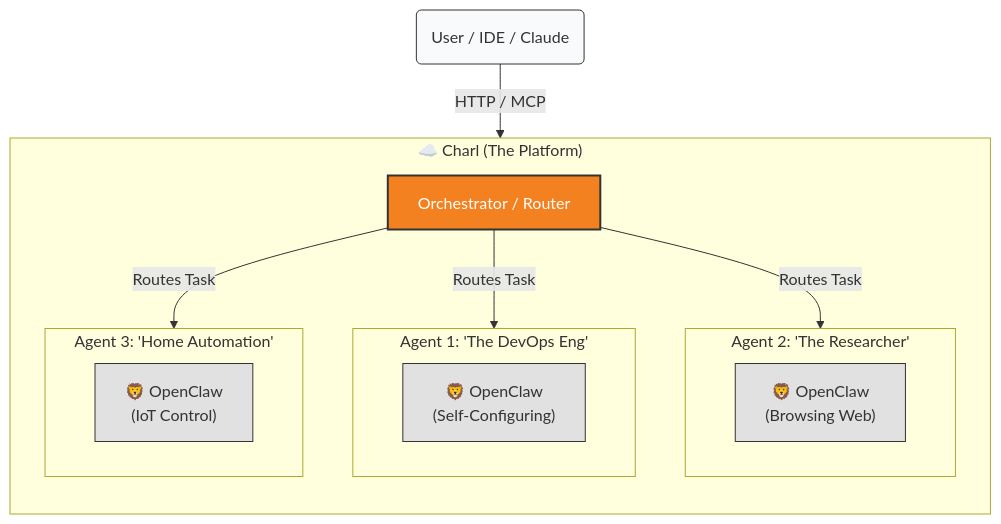
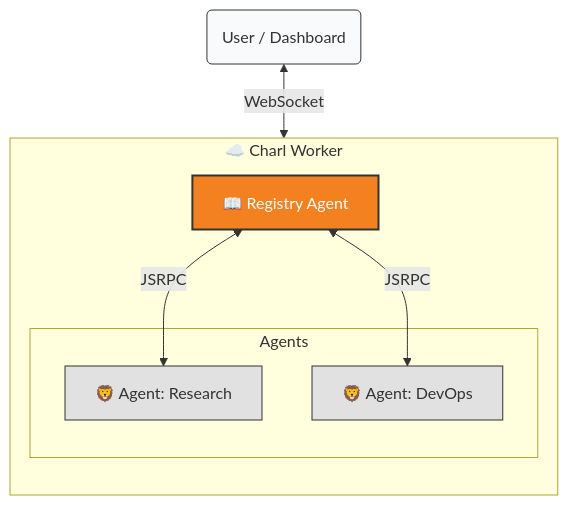
Before and after one commit to charl-kruger/charl: the diagram in README.md, drawn with Mermaid. The commit also changed other lines of this file, not shown here.

Commit message:
docs: Update README with a revised project overview, detailed architecture, and new getting started and development sections.

````diff
--- a/README.md
+++ b/README.md
@@ -56,30 +46,22 @@
 ```mermaid
 graph TD
     classDef platform fill:#f48120,color:#fff,stroke:#333,stroke-width:2px;
     classDef agent fill:#e1e1e1,color:#333,stroke:#333,stroke-width:1px;
     classDef client fill:#f9fafb,color:#333,stroke:#333,stroke-width:1px;
 
-    User("User / IDE / Claude"):::client
+    User("User / Dashboard"):::client
     
-    subgraph Charl_Cloud ["☁️ Charl (The Platform)"]
+    subgraph Cloudflare_Worker ["☁️ Charl Worker"]
         direction TB
-        Router["Orchestrator / Router"]:::platform
+        Registry["📖 Registry Agent"]:::platform
         
-        subgraph Agent_1 ["Agent 1: 'The DevOps Eng'"]
-           OC1["🦁 OpenClaw <br/>(Self-Configuring)"]:::agent
-        end
-        
-        subgraph Agent_2 ["Agent 2: 'The Researcher'"]
-           OC2["🦁 OpenClaw <br/>(Browsing Web)"]:::agent
-        end
-        
-        subgraph Agent_3 ["Agent 3: 'Home Automation'"]
-           OC3["🦁 OpenClaw <br/>(IoT Control)"]:::agent
+        subgraph Agents
+           A1["🦁 Agent: Research"]:::agent
+           A2["🦁 Agent: DevOps"]:::agent
         end
     end
-
-    User -->|HTTP / MCP| Router
-    Router -->|"Routes Task"| Agent_1
-    Router -->|"Routes Task"| Agent_2
-    Router -->|"Routes Task"| Agent_3
+    
+    User <-->|WebSocket| Registry
+    Registry <-->|JSRPC| A1
+    Registry <-->|JSRPC| A2
 ```
````
